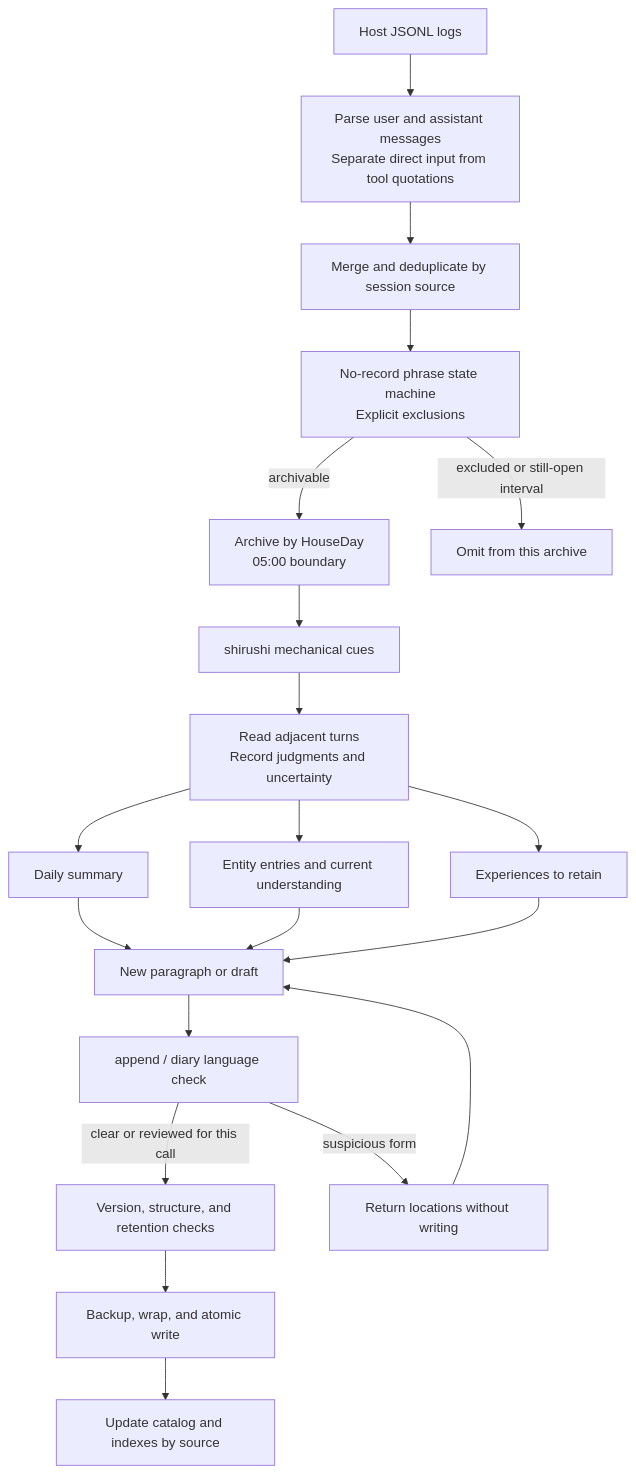
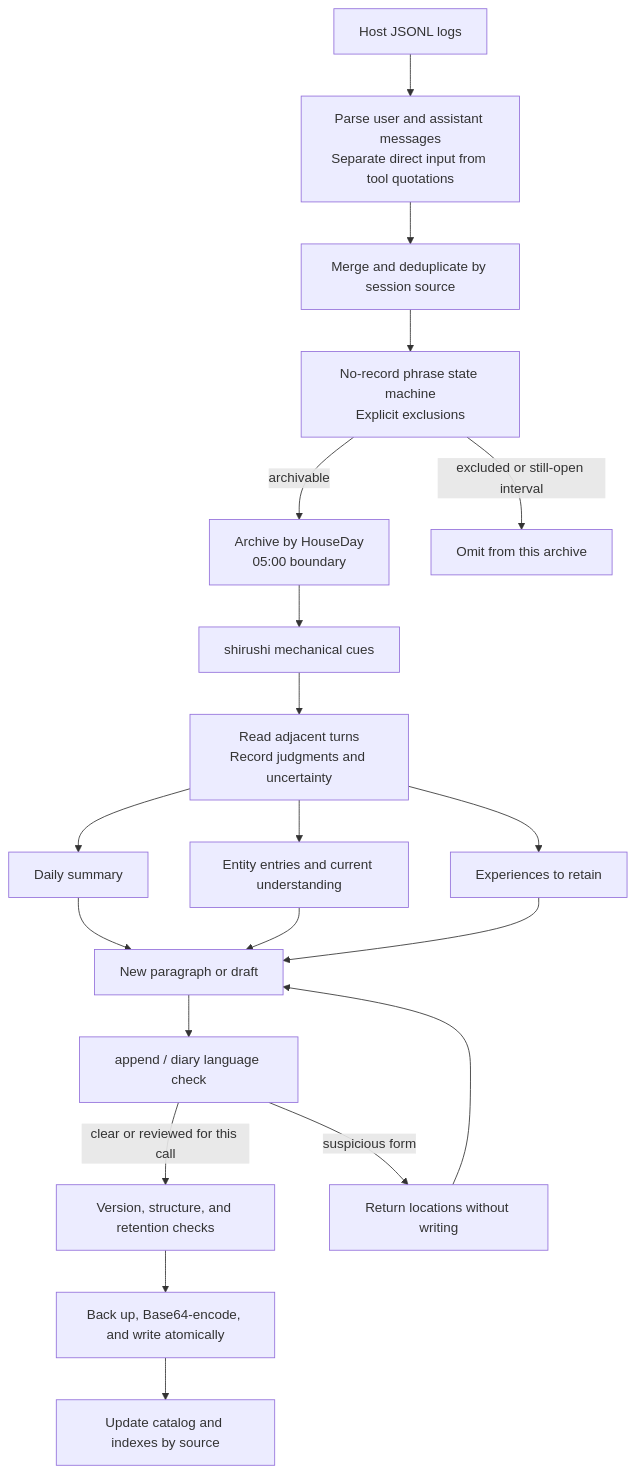
The first of 4 diagrams in docs/en/architecture.md (ikarugaikoi/hikaru-memory), drawn with Mermaid before and after one commit. The commit also changed other lines of this file and 26 other files, not shown here.

````diff
--- a/docs/en/architecture.md
+++ b/docs/en/architecture.md
@@ -11,22 +11,22 @@
 ```mermaid
 flowchart TD
     Log[Host JSONL logs] --> Parse[Parse user and assistant messages\nSeparate direct input from tool quotations]
     Parse --> Merge[Merge and deduplicate by session source]
     Merge --> Exclusion[No-record phrase state machine\nExplicit exclusions]
     Exclusion -->|archivable| Archive[Archive by HouseDay\n05:00 boundary]
     Exclusion -->|excluded or still-open interval| Omit[Omit from this archive]
     Archive --> Signals[shirushi mechanical cues]
     Signals --> Judgment[Read adjacent turns\nRecord judgments and uncertainty]
     Judgment --> Diary[Daily summary]
     Judgment --> Current[Entity entries and current understanding]
     Judgment --> Episodes[Experiences to retain]
     Diary --> Input[New paragraph or draft]
     Current --> Input
     Episodes --> Input
     Input --> Lang[append / diary language check]
     Lang -->|clear or reviewed for this call| Guards[Version, structure, and retention checks]
     Lang -->|suspicious form| Return[Return locations without writing]
     Return --> Input
-    Guards --> Commit[Backup, wrap, and atomic write]
+    Guards --> Commit[Back up, Base64-encode, and write atomically]
     Commit --> Rebuild[Update catalog and indexes by source]
 ```
````
